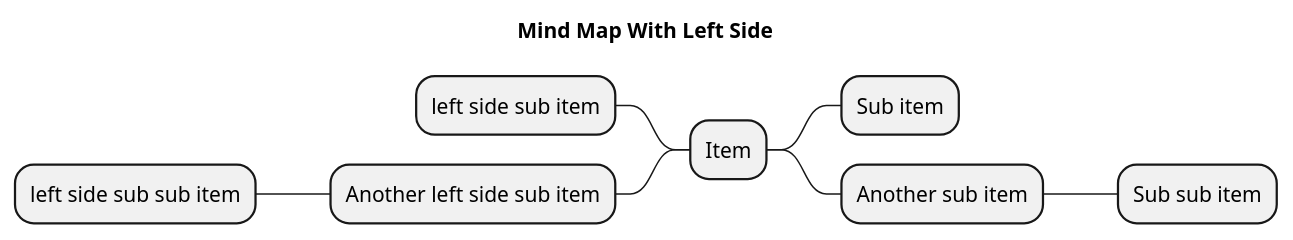
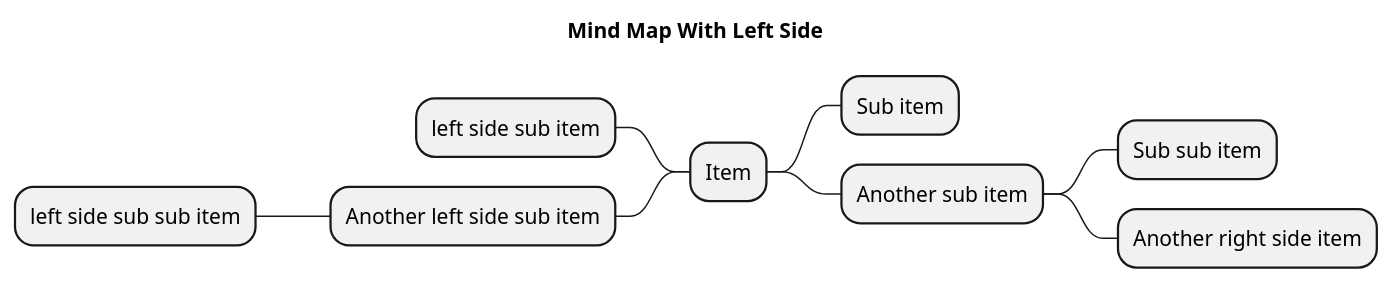
The diagram in 4-mind-maps/2-left-side.puml (jvinding/plantuml-examples), drawn with PlantUML before and after one commit. The commit also changed 4 other files, not shown here.

First line of the commit message:
feat(mindmaps): additional mindmap syntax features

```diff
--- a/4-mind-maps/2-left-side.puml
+++ b/4-mind-maps/2-left-side.puml
@@ -1,16 +1,20 @@
 @startmindmap MindMapLeftSide
 
 title Mind Map With Left Side
 
 * Item
 ** Sub item
 ** Another sub item
 *** Sub sub item
 
 left side
 
 ** left side sub item
 ** Another left side sub item
 *** left side sub sub item
 
+right side
+
+*** Another right side item
+
 @endmindmap
```
